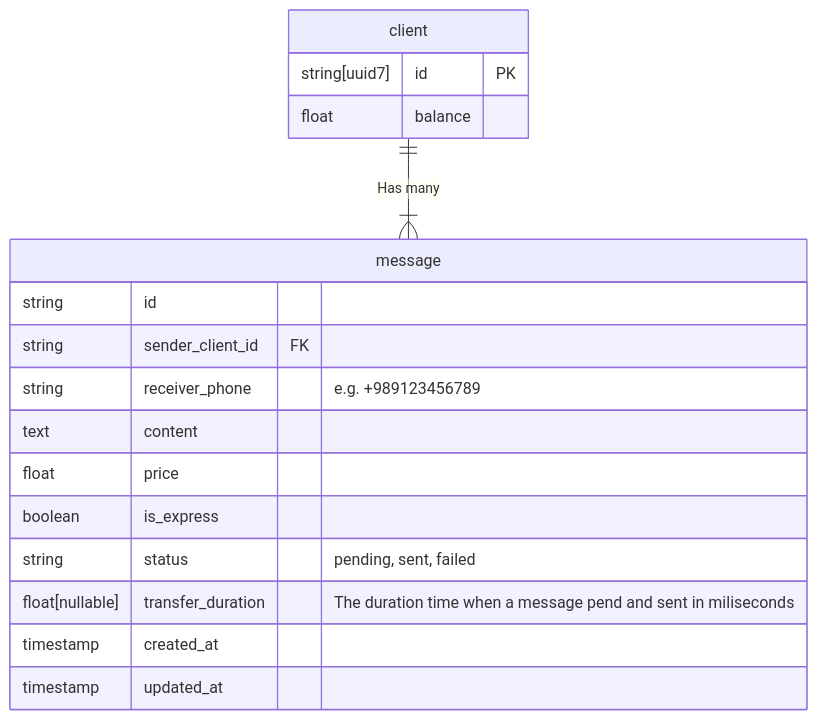
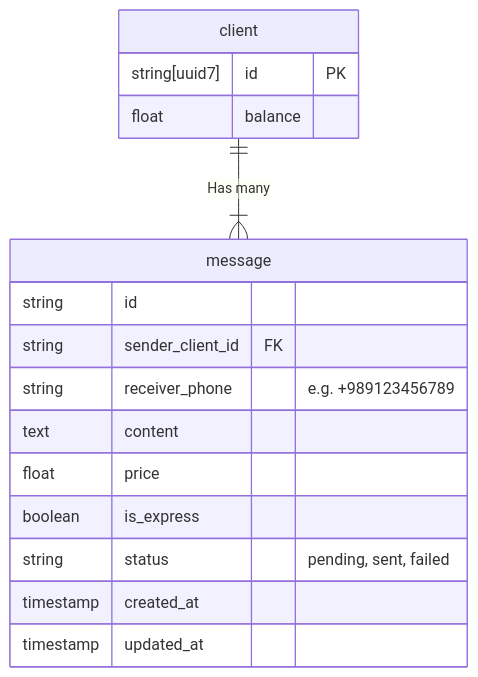
One commit to kadsin/sms-gateway changed the diagram in docs/entities.md. Above: the diagram before and after it, drawn with Mermaid. The commit also changed 14 other files, not shown here.

````diff
--- a/docs/entities.md
+++ b/docs/entities.md
@@ -1,20 +1,19 @@
 ```mermaid
 erDiagram
     client {
         string[uuid7] id PK
         float balance
     }
     message {
         string id
         string sender_client_id FK
         string receiver_phone "e.g. +989123456789"
         text content
         float price
         boolean is_express
         string status "pending, sent, failed"
-		float[nullable] transfer_duration "The duration time when a message pend and sent in miliseconds"
 		timestamp created_at
 		timestamp updated_at
     }
 	client 1 to 1+ message : "Has many"
 ```
````
